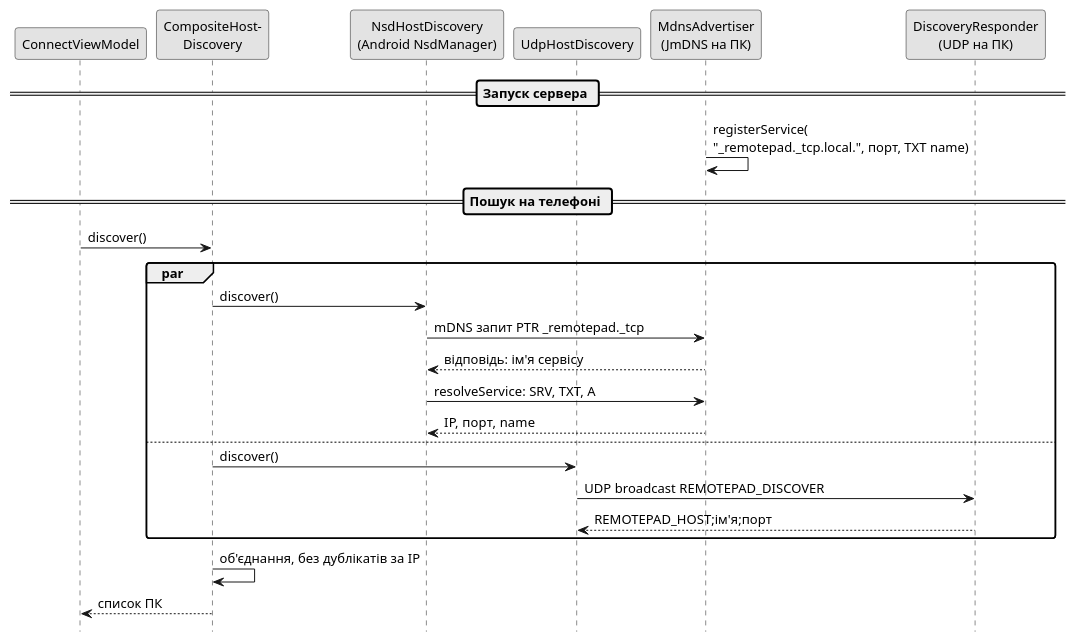
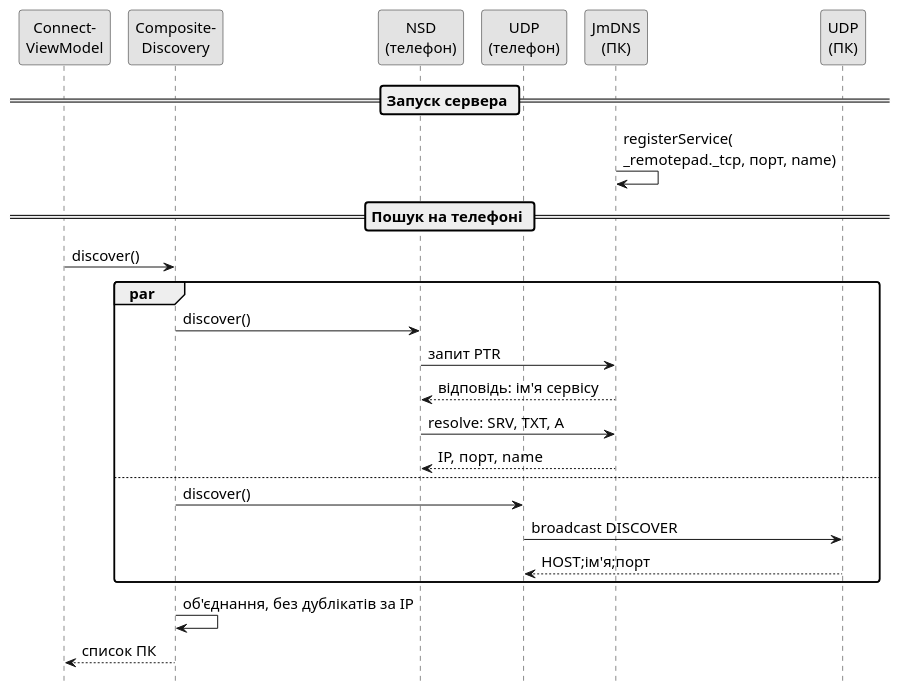
One commit to Illya-Bonikon/CW_1-4_TB-31_Reshetnikov_Felchyn changed the diagram in docs/diagrams/mdns_sequence.puml. Above: the diagram before and after it, drawn with PlantUML. The commit also changed 1 other file, not shown here.

Commit message:
WIP compact sequences

```diff
--- a/docs/diagrams/mdns_sequence.puml
+++ b/docs/diagrams/mdns_sequence.puml
@@ -1,33 +1,34 @@
 @startuml
 skinparam monochrome true
 skinparam shadowing false
 skinparam defaultFontName "Times New Roman"
-skinparam defaultFontSize 13
+skinparam defaultFontSize 15
+skinparam ParticipantPadding 4
 skinparam roundCorner 6
 hide footbox
-participant "ConnectViewModel" as VM
-participant "CompositeHost-\nDiscovery" as C
-participant "NsdHostDiscovery\n(Android NsdManager)" as N
-participant "UdpHostDiscovery" as U
-participant "MdnsAdvertiser\n(JmDNS на ПК)" as M
-participant "DiscoveryResponder\n(UDP на ПК)" as R
+participant "Connect-\nViewModel" as VM
+participant "Composite-\nDiscovery" as C
+participant "NSD\n(телефон)" as N
+participant "UDP\n(телефон)" as U
+participant "JmDNS\n(ПК)" as M
+participant "UDP\n(ПК)" as R
 
 == Запуск сервера ==
-M -> M : registerService(\n"_remotepad._tcp.local.", порт, TXT name)
+M -> M : registerService(\n_remotepad._tcp, порт, name)
 
 == Пошук на телефоні ==
 VM -> C : discover()
 par
   C -> N : discover()
-  N -> M : mDNS запит PTR _remotepad._tcp
+  N -> M : запит PTR
   M --> N : відповідь: ім'я сервісу
-  N -> M : resolveService: SRV, TXT, A
+  N -> M : resolve: SRV, TXT, A
   M --> N : IP, порт, name
 else
   C -> U : discover()
-  U -> R : UDP broadcast REMOTEPAD_DISCOVER
-  R --> U : REMOTEPAD_HOST;ім'я;порт
+  U -> R : broadcast DISCOVER
+  R --> U : HOST;ім'я;порт
 end
 C -> C : об'єднання, без дублікатів за IP
 C --> VM : список ПК
 @enduml
```
